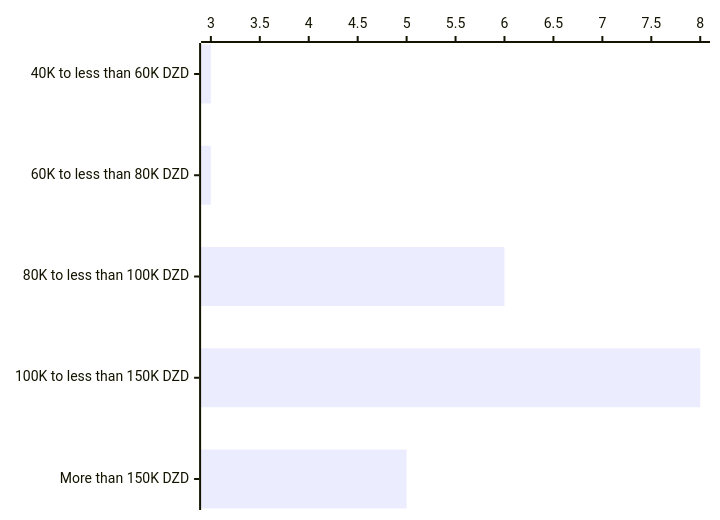
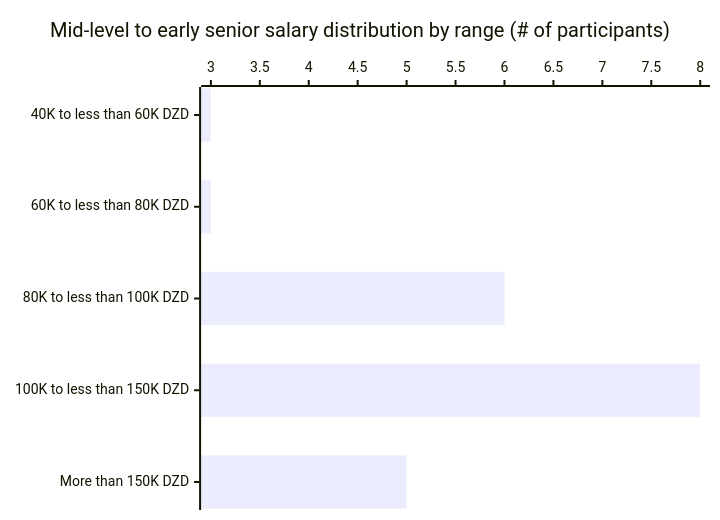
The sixth of 10 diagrams in website/docs/insights/remuneration.md (Fcmam5/state-of-dz-swe-2024), drawn with Mermaid before and after one commit. The commit also changed other lines of this file and 6 other files, not shown here.

````diff
--- a/website/docs/insights/remuneration.md
+++ b/website/docs/insights/remuneration.md
@@ -131,5 +133,6 @@
 ```mermaid
 xychart-beta horizontal
+  title "Mid-level to early senior salary distribution by range (# of participants)"
   x-axis ["40K to less than 60K DZD","60K to less than 80K DZD","80K to less than 100K DZD","100K to less than 150K DZD","More than 150K DZD"]
   bar [3,3,6,8,5]
 ```
````
